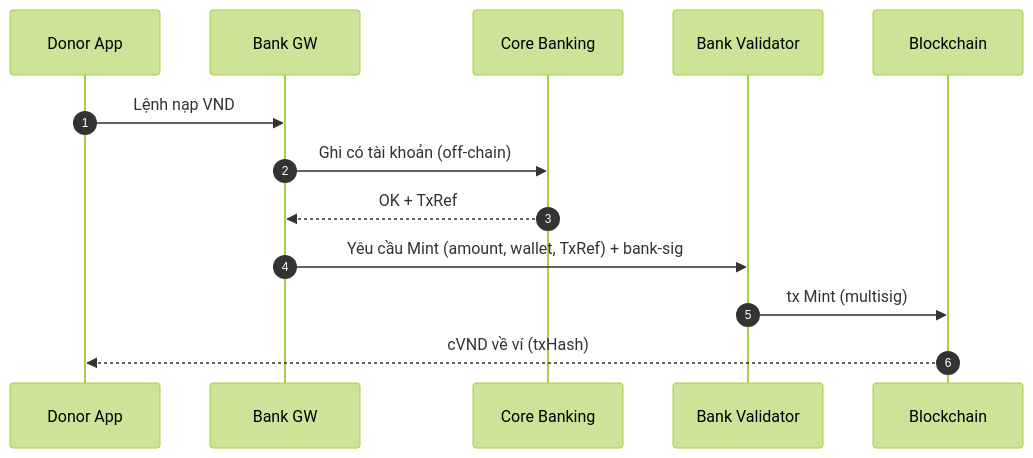
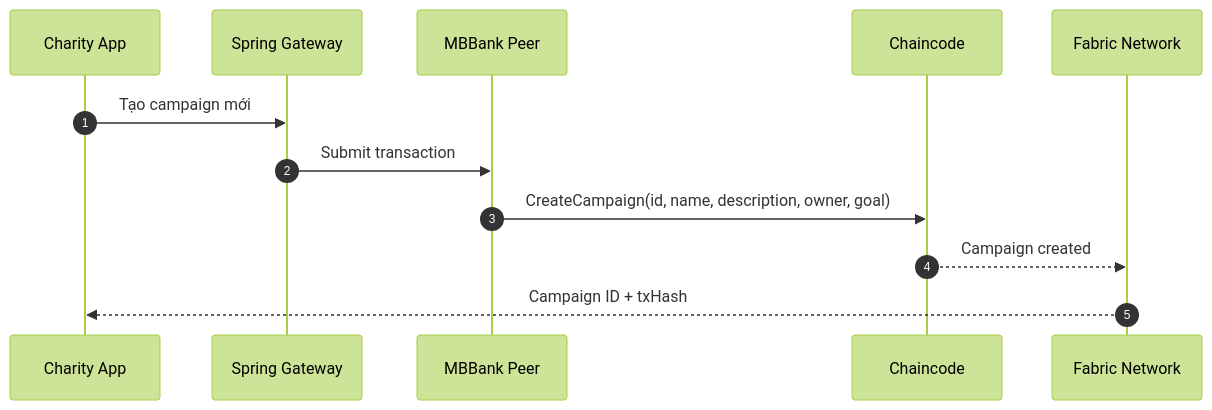
The fourth of 6 diagrams in documents/intro.md (trunghc97/kind-ledger), drawn with Mermaid (forest theme) before and after one commit. The commit also changed other lines of this file and 146 other files, not shown here.

````diff
--- a/documents/intro.md
+++ b/documents/intro.md
@@ -220,15 +235,14 @@
 ```mermaid
 sequenceDiagram
   autonumber
-  participant U as Donor App
-  participant GW as Bank GW
-  participant Core as Core Banking
-  participant V as Bank Validator
-  participant Chain as Blockchain
-  U->>GW: Lệnh nạp VND
-  GW->>Core: Ghi có tài khoản (off-chain)
-  Core-->>GW: OK + TxRef
-  GW->>V: Yêu cầu Mint (amount, wallet, TxRef) + bank-sig
-  V->>Chain: tx Mint (multisig)
-  Chain-->>U: cVND về ví (txHash)
+  participant U as Charity App
+  participant GW as Spring Gateway
+  participant MB as MBBank Peer
+  participant CC as Chaincode
+  participant Chain as Fabric Network
+  U->>GW: Tạo campaign mới
+  GW->>MB: Submit transaction
+  MB->>CC: CreateCampaign(id, name, description, owner, goal)
+  CC-->>Chain: Campaign created
+  Chain-->>U: Campaign ID + txHash
 ```
````
